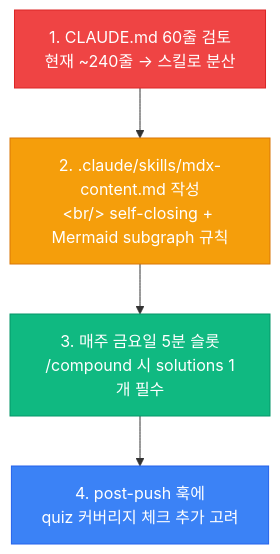
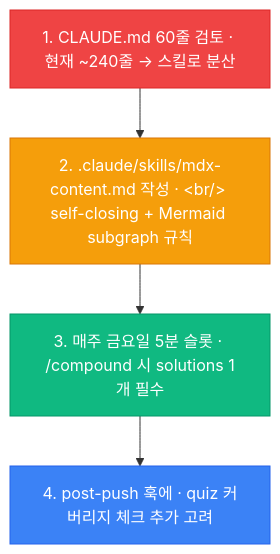
The fourth of 4 diagrams in content/harness-engineering/five-levers-of-harness-engineering.mdx (Mino777/ai-study), drawn with Mermaid before and after one commit. The commit also changed other lines of this file and 16 other files, not shown here.

First line of the commit message:
fix: Mermaid <br/> 렌더링 에러 근본 해결 — auto-fix 승격 + 전체 MDX 일괄 치환

````diff
--- a/content/harness-engineering/five-levers-of-harness-engineering.mdx
+++ b/content/harness-engineering/five-levers-of-harness-engineering.mdx
@@ -293,12 +293,12 @@
 ```mermaid
 flowchart TB
-    A["1. CLAUDE.md 60줄 검토<br/>현재 ~240줄 → 스킬로 분산"] --> B
-    B["2. .claude/skills/mdx-content.md 작성<br/>&lt;br/&gt; self-closing + Mermaid subgraph 규칙"] --> C
-    C["3. 매주 금요일 5분 슬롯<br/>/compound 시 solutions 1개 필수"] --> D
-    D["4. post-push 훅에<br/>quiz 커버리지 체크 추가 고려"]
+    A["1. CLAUDE.md 60줄 검토 · 현재 ~240줄 → 스킬로 분산"] --> B
+    B["2. .claude/skills/mdx-content.md 작성 · &lt;br/&gt; self-closing + Mermaid subgraph 규칙"] --> C
+    C["3. 매주 금요일 5분 슬롯 · /compound 시 solutions 1개 필수"] --> D
+    D["4. post-push 훅에 · quiz 커버리지 체크 추가 고려"]
 
     style A fill:#ef4444,stroke:#dc2626,color:#fff
     style B fill:#f59e0b,stroke:#d97706,color:#fff
     style C fill:#10b981,stroke:#059669,color:#fff
     style D fill:#3b82f6,stroke:#2563eb,color:#fff
 ```
````
